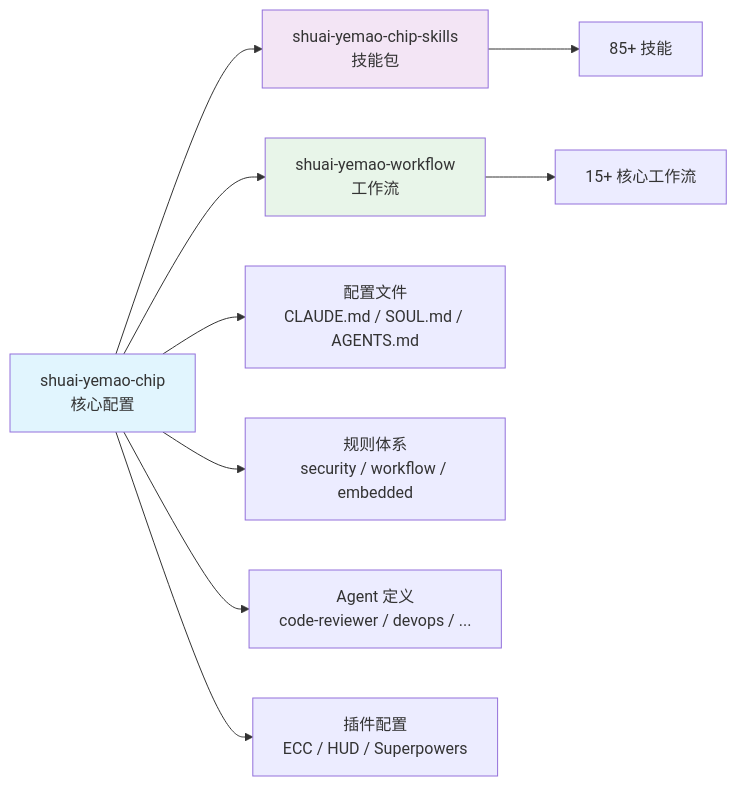
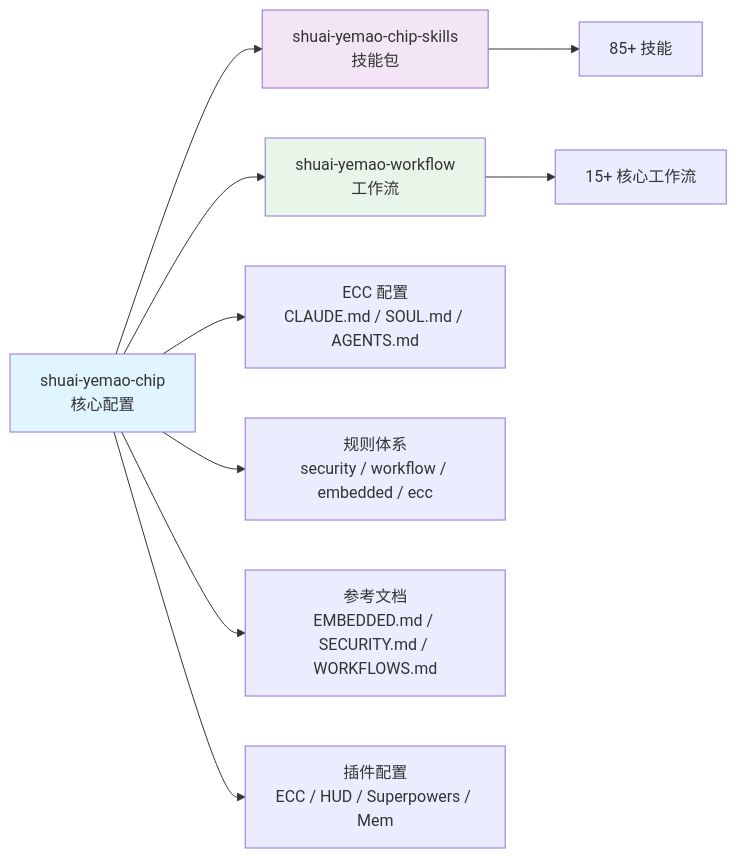
One commit to shuai-yemao/shuai-yemao-chip changed the second of 7 diagrams in README.md. Above: the diagram before and after it, drawn with Mermaid. The commit also changed other lines of this file, not shown here.

First line of the commit message:
docs: 更新 README.md，同步 ECC 配置内容

````diff
--- a/README.md
+++ b/README.md
@@ -46,17 +47,17 @@
 ```mermaid
 graph LR
     A[shuai-yemao-chip<br/>核心配置] --> B[shuai-yemao-chip-skills<br/>技能包]
     A --> C[shuai-yemao-workflow<br/>工作流]
 
     B --> D[85+ 技能]
     C --> E[15+ 核心工作流]
 
-    A --> F[配置文件<br/>CLAUDE.md / SOUL.md / AGENTS.md]
-    A --> G[规则体系<br/>security / workflow / embedded]
-    A --> H[Agent 定义<br/>code-reviewer / devops / ...]
-    A --> I[插件配置<br/>ECC / HUD / Superpowers]
+    A --> F[ECC 配置<br/>CLAUDE.md / SOUL.md / AGENTS.md]
+    A --> G[规则体系<br/>security / workflow / embedded / ecc]
+    A --> H[参考文档<br/>EMBEDDED.md / SECURITY.md / WORKFLOWS.md]
+    A --> I[插件配置<br/>ECC / HUD / Superpowers / Mem]
 
     style A fill:#e1f5fe
     style B fill:#f3e5f5
     style C fill:#e8f5e9
 ```
````
